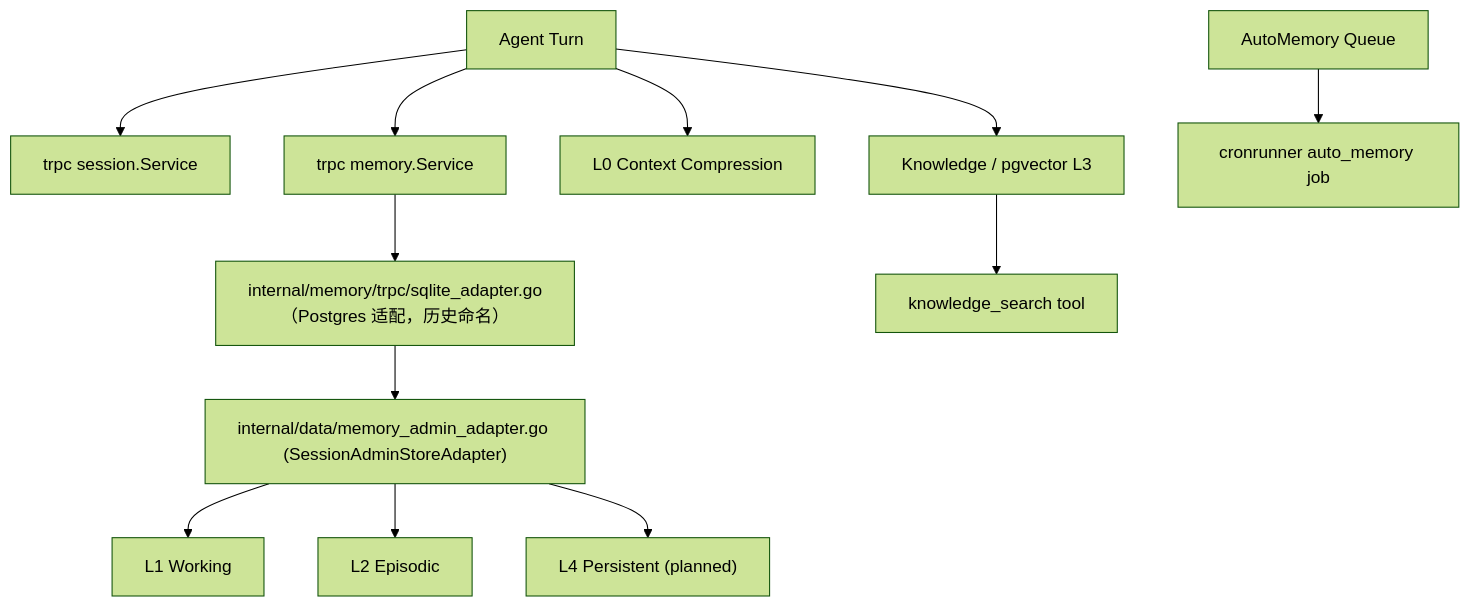
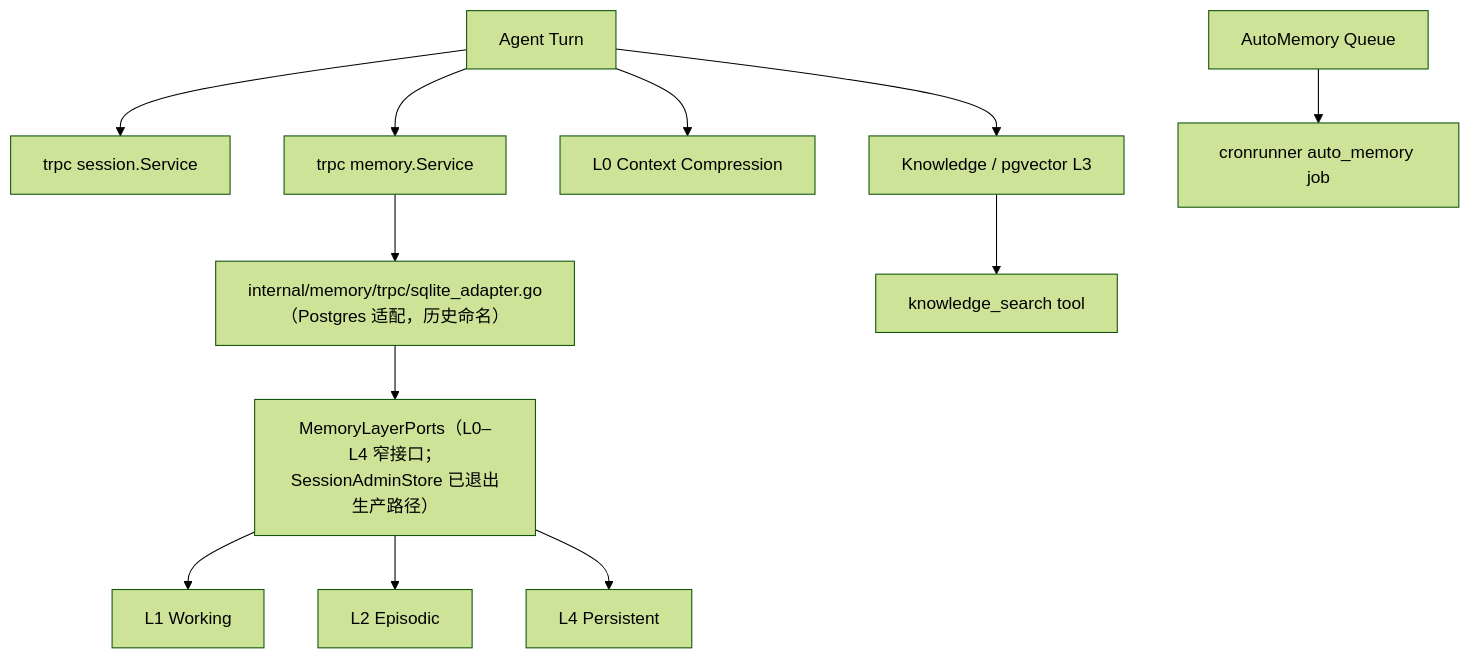
One commit to AmarsDing/aranea-agents changed the seventh of 8 diagrams in docs/development/0-system-diagram.md. Above: the diagram before and after it, drawn with Mermaid (forest theme). The commit also changed other lines of this file and 134 other files, not shown here.

````diff
--- a/docs/development/0-system-diagram.md
+++ b/docs/development/0-system-diagram.md
@@ -251,14 +258,14 @@
 ```mermaid
 flowchart TB
   Turn["Agent Turn"] --> Session["trpc session.Service"]
   Turn --> MemorySvc["trpc memory.Service"]
   Turn --> L0["L0 Context Compression"]
   MemorySvc --> Adapter["internal/memory/trpc/sqlite_adapter.go（Postgres 适配，历史命名）"]
-  Adapter --> Store["internal/data/memory_admin_adapter.go (SessionAdminStoreAdapter)"]
-  Store --> L1["L1 Working"]
-  Store --> L2["L2 Episodic"]
-  Store --> L4["L4 Persistent (planned)"]
+  Adapter --> Ports["MemoryLayerPorts（L0–L4 窄接口；SessionAdminStore 已退出生产路径）"]
+  Ports --> L1["L1 Working"]
+  Ports --> L2["L2 Episodic"]
+  Ports --> L4["L4 Persistent"]
   Turn --> Knowledge["Knowledge / pgvector L3"]
   Knowledge --> Tool["knowledge_search tool"]
   Auto["AutoMemory Queue"] --> Cron["cronrunner auto_memory job"]
 ```
````
